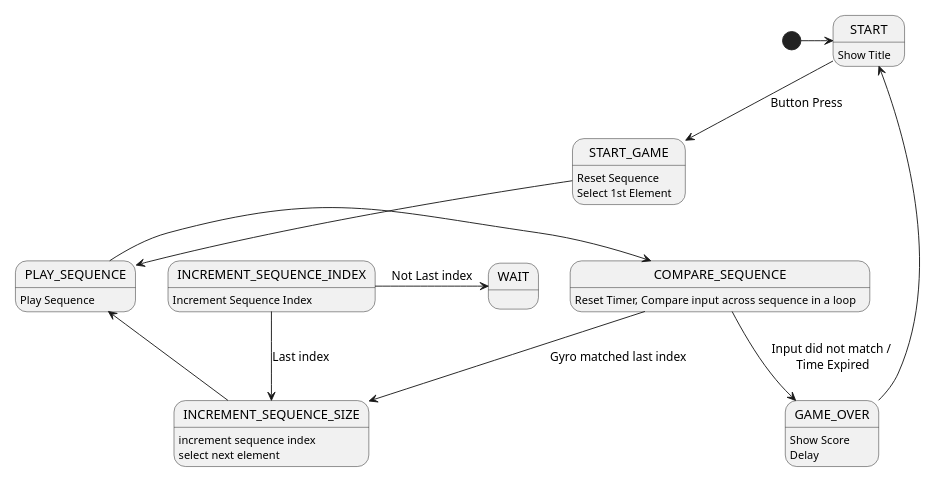
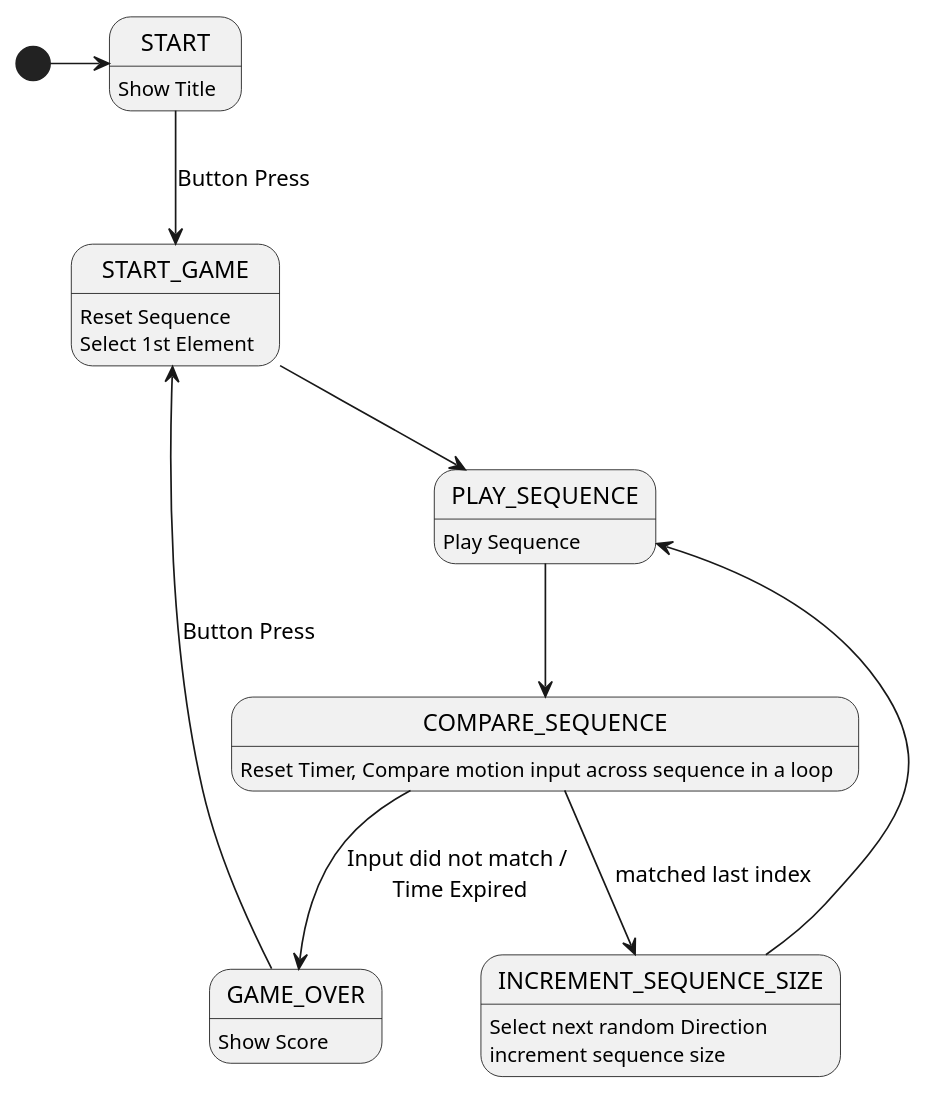
Before and after one commit to tnhabib/making_embedded_systems: the diagram in week4/gyroStateDiag.iuml, drawn with PlantUML.

```diff
--- a/week4/gyroStateDiag.iuml
+++ b/week4/gyroStateDiag.iuml
@@ -2,25 +3,20 @@
 @startuml
 scale 600 width
 
 [*] -> START
 START: Show Title
 START --> START_GAME : Button Press
 START_GAME: Reset Sequence
 START_GAME: Select 1st Element
-START_GAME --> PLAY_SEQUENCE
+START_GAME -down-> PLAY_SEQUENCE
 PLAY_SEQUENCE: Play Sequence
-PLAY_SEQUENCE-> COMPARE_SEQUENCE
-COMPARE_SEQUENCE: Reset Timer, Compare input across sequence in a loop
+PLAY_SEQUENCE -down-> COMPARE_SEQUENCE
+COMPARE_SEQUENCE: Reset Timer, Compare motion input across sequence in a loop
 COMPARE_SEQUENCE --> GAME_OVER : Input did not match / \nTime Expired
 GAME_OVER: Show Score
-GAME_OVER: Delay
-GAME_OVER-> START
-COMPARE_SEQUENCE-->INCREMENT_SEQUENCE_SIZE: Gyro matched last index
-INCREMENT_SEQUENCE_INDEX: Increment Sequence Index
-INCREMENT_SEQUENCE_INDEX-> WAIT: Not Last index
-INCREMENT_SEQUENCE_INDEX--> INCREMENT_SEQUENCE_SIZE: Last index
-INCREMENT_SEQUENCE_SIZE: increment sequence index
-INCREMENT_SEQUENCE_SIZE: select next element
+COMPARE_SEQUENCE --> INCREMENT_SEQUENCE_SIZE: matched last index  
+GAME_OVER-> START_GAME: Button Press
+INCREMENT_SEQUENCE_SIZE: Select next random Direction
+INCREMENT_SEQUENCE_SIZE: increment sequence size
 INCREMENT_SEQUENCE_SIZE-> PLAY_SEQUENCE
-
 @end_uml
```
